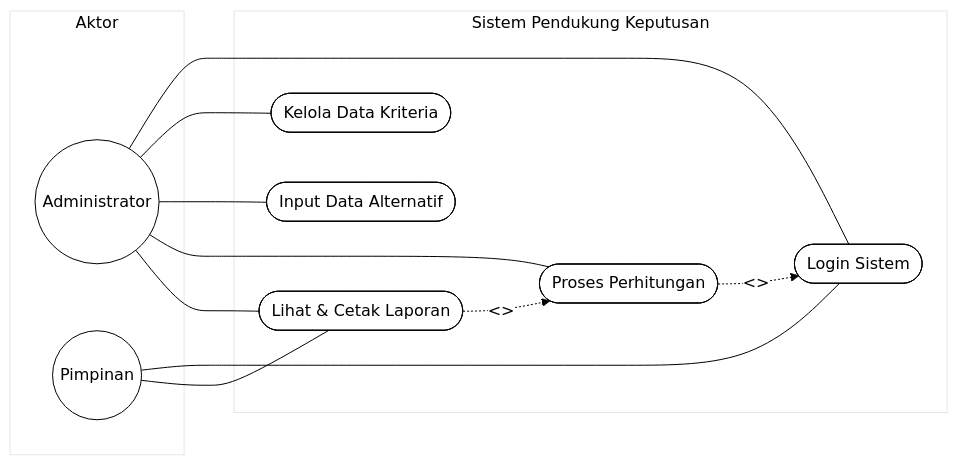
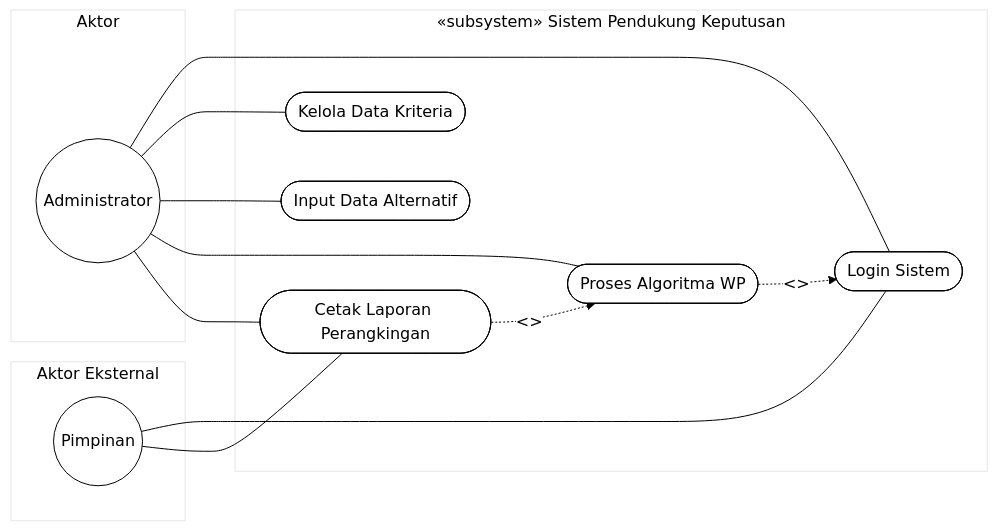
The third of 8 diagrams in SOP/SOP_DIAGRAM.md (skimatt/ai-thesis-workspace), drawn with Mermaid before and after one commit. The commit also changed other lines of this file and 55 other files, not shown here.

Commit message:
feat: upgrade workspace to modular architecture v3.0 with automated compiler and QA tooling

````diff
--- a/SOP/SOP_DIAGRAM.md
+++ b/SOP/SOP_DIAGRAM.md
@@ -161,27 +168,31 @@
 ```mermaid
 %%{init: {'theme': 'base', 'themeVariables': {'primaryColor': '#ffffff', 'primaryTextColor': '#000000', 'primaryBorderColor': '#000000', 'lineColor': '#000000'}}}%%
 flowchart LR
-    subgraph AktorPengguna ["Aktor"]
+    subgraph AktorKiri ["Aktor"]
         Admin(("Administrator"))
-        Pimpinan(("Pimpinan"))
     end
 
-    subgraph BatasSistem ["Sistem Pendukung Keputusan"]
+    subgraph BatasSistem ["«subsystem» Sistem Pendukung Keputusan"]
         UC1(["Login Sistem"])
         UC2(["Kelola Data Kriteria"])
         UC3(["Input Data Alternatif"])
-        UC4(["Proses Perhitungan"])
-        UC5(["Lihat & Cetak Laporan"])
+        UC4(["Proses Algoritma WP"])
+        UC5(["Cetak Laporan Perangkingan"])
+    end
+
+    subgraph AktorKanan ["Aktor Eksternal"]
+        Pimpinan(("Pimpinan"))
     end
 
     Admin --- UC1
     Admin --- UC2
     Admin --- UC3
     Admin --- UC4
     Admin --- UC5
+
     Pimpinan --- UC1
     Pimpinan --- UC5
 
     UC4 -.->|"<<include>>"| UC1
     UC5 -.->|"<<include>>"| UC4
 ```
````
